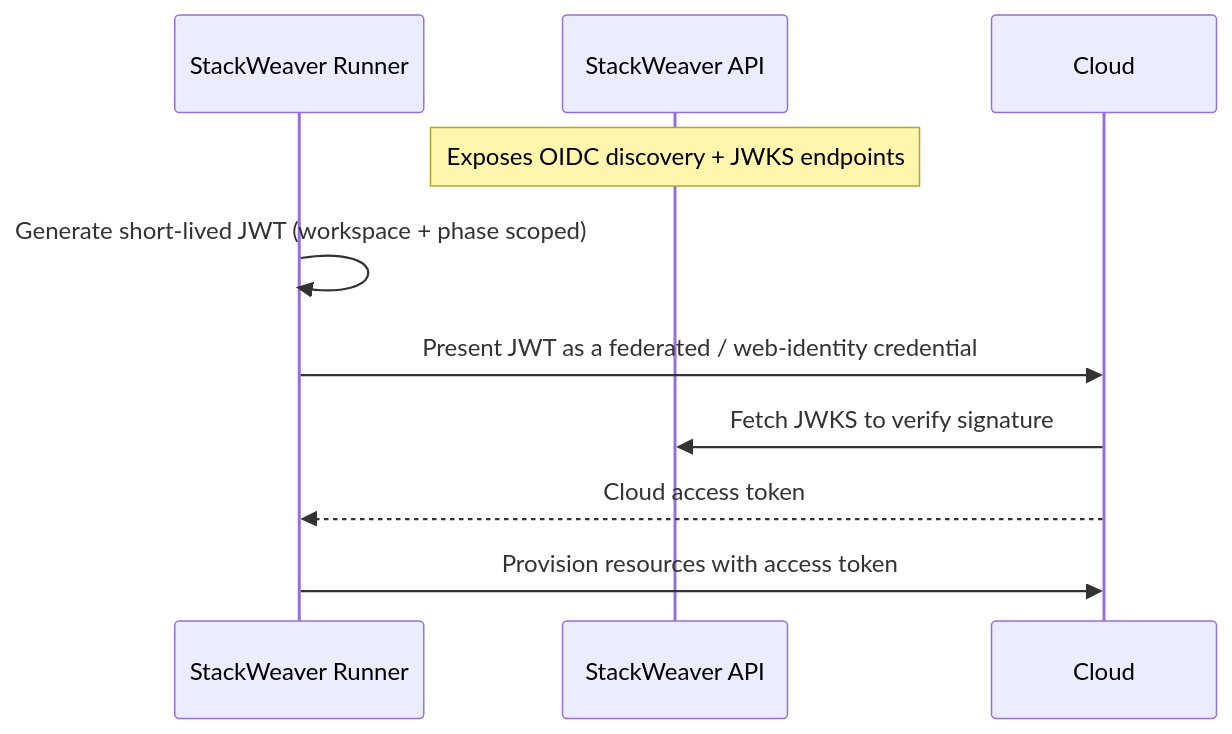
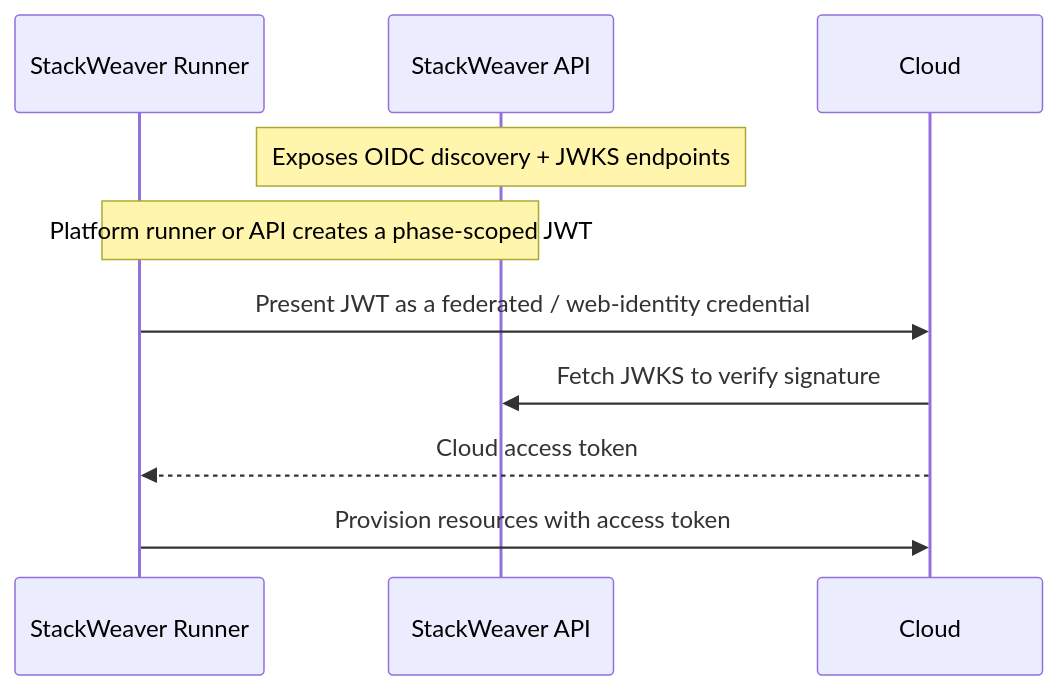
The diagram in docs/user-guides/oidc-configuration.md (vhco-pro/stackweaver-frontend), drawn with Mermaid before and after one commit. The commit also changed other lines of this file and 168 other files, not shown here.

````diff
--- a/docs/user-guides/oidc-configuration.md
+++ b/docs/user-guides/oidc-configuration.md
@@ -25,13 +51,13 @@
 ```mermaid
 sequenceDiagram
     participant Runner as StackWeaver Runner
     participant SW as StackWeaver API
     participant Cloud
 
     Note over SW: Exposes OIDC discovery + JWKS endpoints
-    Runner->>Runner: Generate short-lived JWT (workspace + phase scoped)
+    Note over Runner,SW: Platform runner or API creates a phase-scoped JWT
     Runner->>Cloud: Present JWT as a federated / web-identity credential
     Cloud->>SW: Fetch JWKS to verify signature
     Cloud-->>Runner: Cloud access token
     Runner->>Cloud: Provision resources with access token
 ```
````
